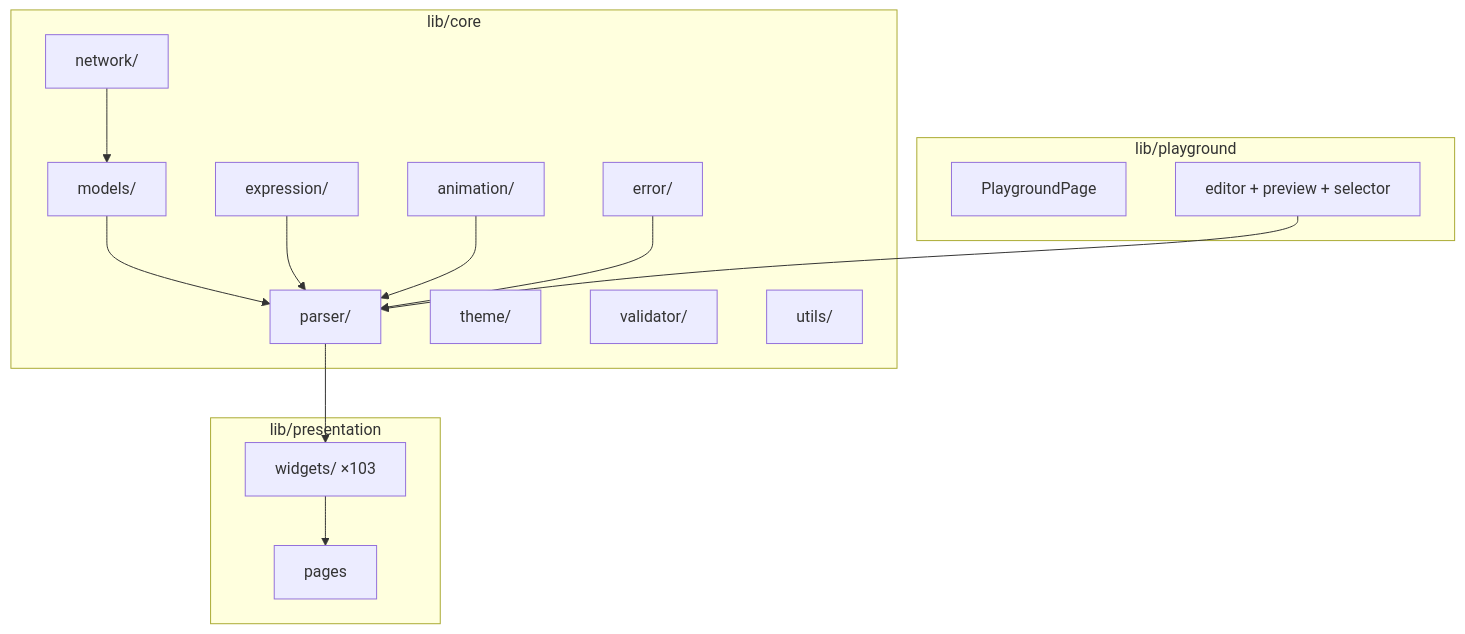
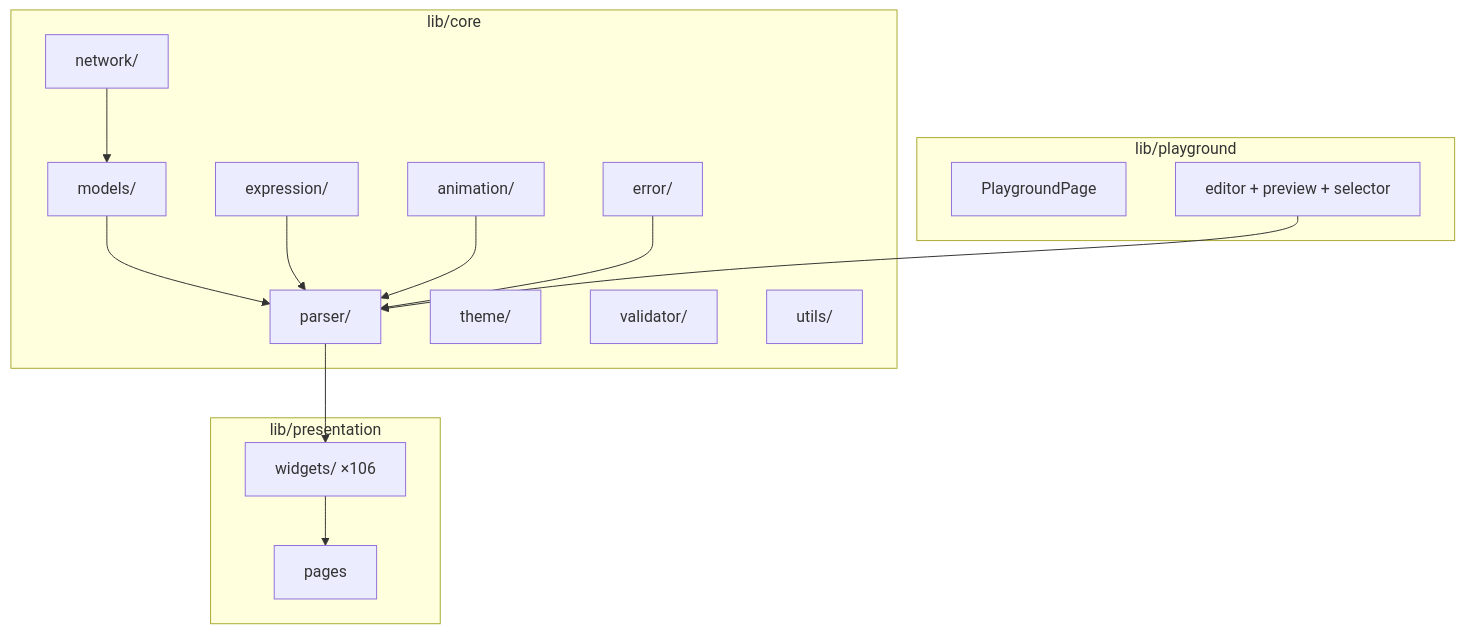
Before and after one commit to Ryanditko/flutter-server-driven-ui: the second of 2 diagrams in README.md, drawn with Mermaid. The commit also changed other lines of this file and 20 other files, not shown here.

````diff
--- a/README.md
+++ b/README.md
@@ -69,30 +69,30 @@
 ```mermaid
 graph TB
   subgraph core ["lib/core"]
     models["models/"]
     network["network/"]
     parser["parser/"]
     expression["expression/"]
     theme["theme/"]
     validator["validator/"]
     animation["animation/"]
     error["error/"]
     utils["utils/"]
   end
   subgraph presentation ["lib/presentation"]
     pages["pages"]
-    widgets["widgets/ ×103"]
+    widgets["widgets/ ×106"]
   end
   subgraph playground ["lib/playground"]
     pg_page["PlaygroundPage"]
     pg_widgets["editor + preview + selector"]
   end
   network --> models
   models --> parser
   expression --> parser
   animation --> parser
   error --> parser
   parser --> widgets
   widgets --> pages
   pg_widgets --> parser
 ```
````
